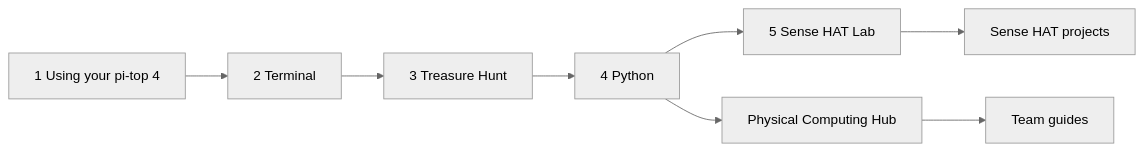
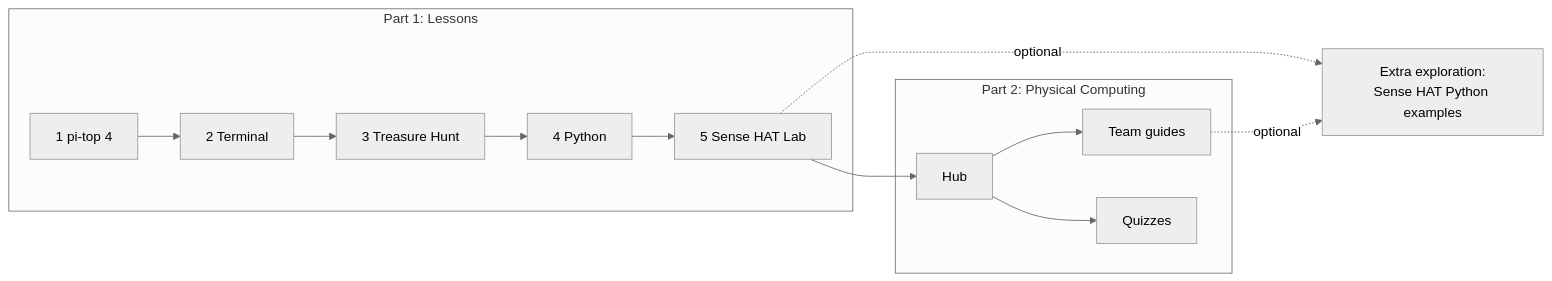
The diagram in docs/index.md (jln1028/TechTopia), drawn with Mermaid (neutral theme) before and after one commit. The commit also changed other lines of this file and 20 other files, not shown here.

Commit message:
Multi-license (MIT, CC BY, CC BY-SA), reorganize docs by course flow: Part 1 lessons, Part 2 physical computing, extra exploration

````diff
--- a/docs/index.md
+++ b/docs/index.md
@@ -17,10 +17,14 @@
 ```mermaid
 flowchart LR
-    A[1 Using your pi-top 4] --> B[2 Terminal]
-    B --> C[3 Treasure Hunt]
-    C --> D[4 Python]
-    D --> E[5 Sense HAT Lab]
-    D --> F[Physical Computing Hub]
-    F --> G[Team guides]
-    E --> H[Sense HAT projects]
+    subgraph P1[Part 1: Lessons]
+        A[1 pi-top 4] --> B[2 Terminal] --> C[3 Treasure Hunt] --> D[4 Python] --> E[5 Sense HAT Lab]
+    end
+    subgraph P2[Part 2: Physical Computing]
+        F[Hub] --> G[Team guides]
+        F --> Q[Quizzes]
+    end
+    X[Extra exploration:<br/>Sense HAT Python examples]
+    E --> F
+    E -.optional.-> X
+    G -.optional.-> X
 ```
````
